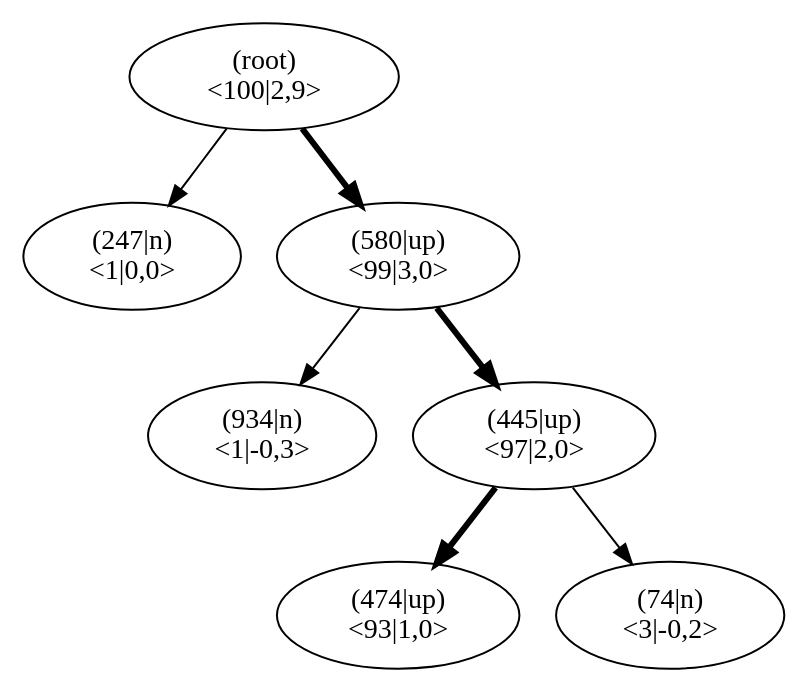
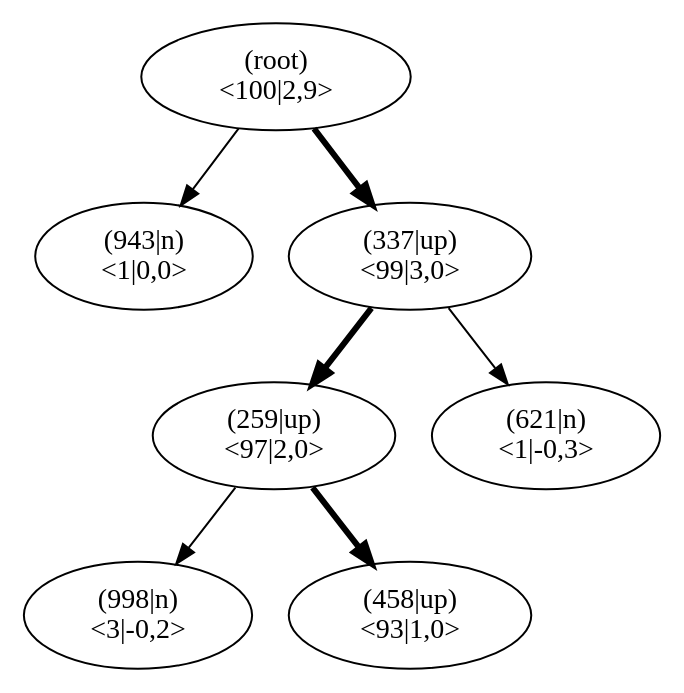
The diagram in pictures/ch13/jumper_test_mcts.dot (JonasHellgren/relexp-java), drawn with Graphviz before and after one commit. The commit also changed 37 other files, not shown here.

```diff
--- a/pictures/ch13/jumper_test_mcts.dot
+++ b/pictures/ch13/jumper_test_mcts.dot
@@ -1,23 +1,23 @@
 digraph MCTS {
 node [shape=ellipse];
 Nroot [label="(root)
 <100|2,9>"];
-Nroot -> N247[penwidth=1];
-N247 [label="(247|n)
+Nroot -> N943[penwidth=1];
+N943 [label="(943|n)
 <1|0,0>"];
-Nroot -> N580[penwidth=3];
-N580 [label="(580|up)
+Nroot -> N337[penwidth=3];
+N337 [label="(337|up)
 <99|3,0>"];
-N580 -> N934[penwidth=1];
-N934 [label="(934|n)
+N337 -> N259[penwidth=3];
+N259 [label="(259|up)
+<97|2,0>"];
+N259 -> N998[penwidth=1];
+N998 [label="(998|n)
+<3|-0,2>"];
+N259 -> N458[penwidth=3];
+N458 [label="(458|up)
+<93|1,0>"];
+N337 -> N621[penwidth=1];
+N621 [label="(621|n)
 <1|-0,3>"];
-N580 -> N445[penwidth=3];
-N445 [label="(445|up)
-<97|2,0>"];
-N445 -> N474[penwidth=3];
-N474 [label="(474|up)
-<93|1,0>"];
-N445 -> N74[penwidth=1];
-N74 [label="(74|n)
-<3|-0,2>"];
 }
```
